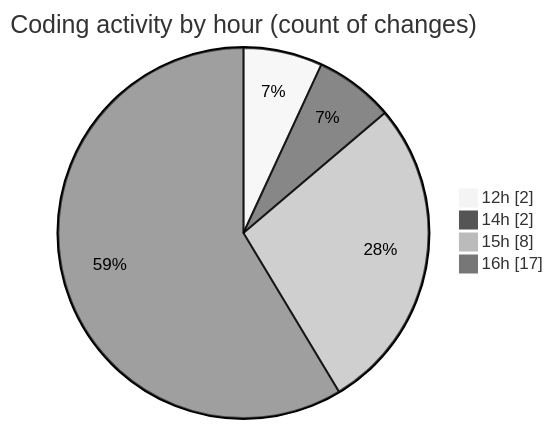
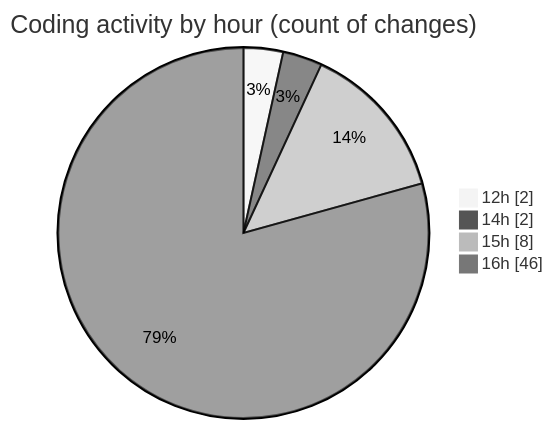
One commit to nxtqubesakshisongat/code-tracking changed the second of 2 diagrams in 2025-05-20/nxtqube_webapp/README.md. Above: the diagram before and after it, drawn with Mermaid (neutral theme). The commit also changed other lines of this file and 1 other file, not shown here.

````diff
--- a/2025-05-20/nxtqube_webapp/README.md
+++ b/2025-05-20/nxtqube_webapp/README.md
@@ -32,8 +32,8 @@
 ```mermaid
 pie showData
 title Coding activity by hour (count of changes)
 "12h" : 2
 "14h" : 2
 "15h" : 8
-"16h" : 17
+"16h" : 46
 ```
````
